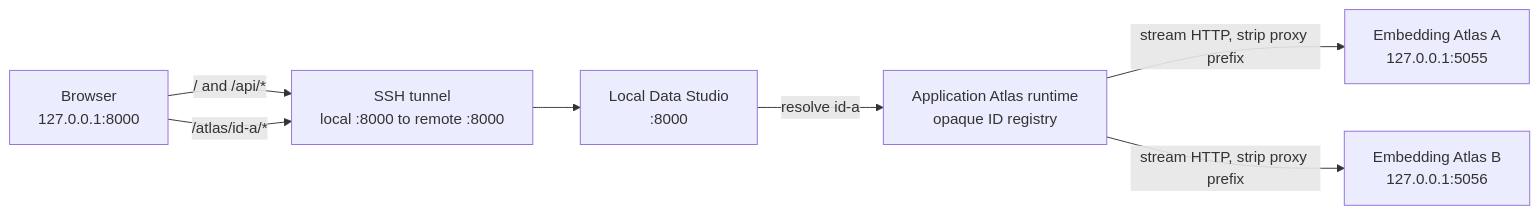
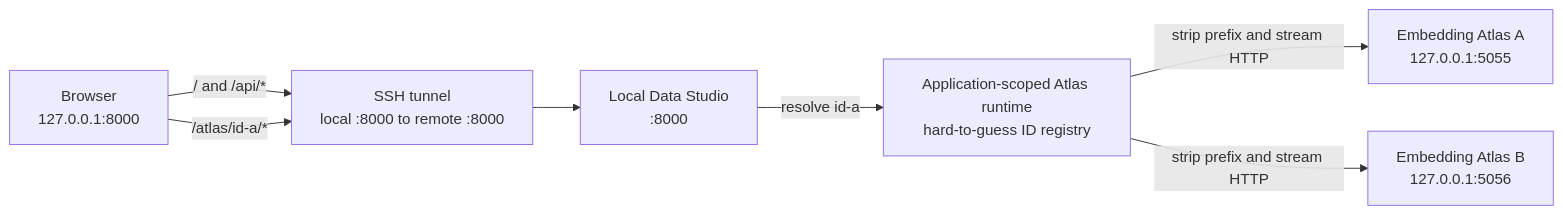
One commit to Onely7/local_data_studio changed the diagram in docs/IMPLEMENTATION_NOTES.md. Above: the diagram before and after it, drawn with Mermaid. The commit also changed other lines of this file and 13 other files, not shown here.

````diff
--- a/docs/IMPLEMENTATION_NOTES.md
+++ b/docs/IMPLEMENTATION_NOTES.md
@@ -27,16 +335,16 @@
 ```mermaid
 flowchart LR
     Browser[Browser<br/>127.0.0.1:8000]
     Tunnel[SSH tunnel<br/>local :8000 to remote :8000]
     Studio[Local Data Studio<br/>:8000]
-    Registry[Application Atlas runtime<br/>opaque ID registry]
+    Registry[Application-scoped Atlas runtime<br/>hard-to-guess ID registry]
     AtlasA[Embedding Atlas A<br/>127.0.0.1:5055]
     AtlasB[Embedding Atlas B<br/>127.0.0.1:5056]
 
     Browser -->|/ and /api/*| Tunnel
     Browser -->|/atlas/id-a/*| Tunnel
     Tunnel --> Studio
     Studio -->|resolve id-a| Registry
-    Registry -->|stream HTTP, strip proxy prefix| AtlasA
-    Registry -->|stream HTTP, strip proxy prefix| AtlasB
+    Registry -->|strip prefix and stream HTTP| AtlasA
+    Registry -->|strip prefix and stream HTTP| AtlasB
 ```
````
